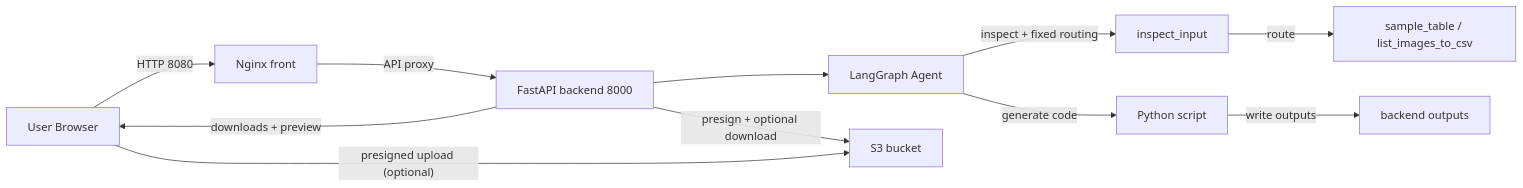
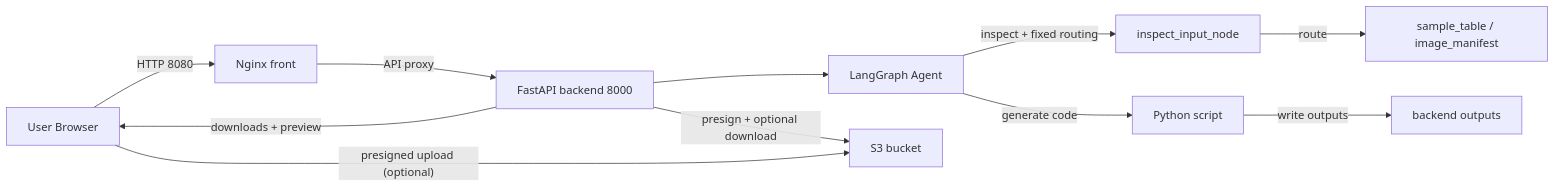
One commit to sonsukwoo/Data_preprocessing_auto changed the first of 3 diagrams in README.md. Above: the diagram before and after it, drawn with Mermaid. The commit also changed other lines of this file and 4 other files, not shown here.

````diff
--- a/README.md
+++ b/README.md
@@ -95,13 +95,13 @@
 ```mermaid
 flowchart LR
   U["User Browser"] -->|"HTTP 8080"| N["Nginx front"]
   N -->|"API proxy"| A["FastAPI backend 8000"]
   A --> G["LangGraph Agent"]
-  G -->|"inspect + fixed routing"| T["inspect_input"]
-  T -->|"route"| S["sample_table / list_images_to_csv"]
+  G -->|"inspect + fixed routing"| T["inspect_input_node"]
+  T -->|"route"| S["sample_table / image_manifest"]
   G -->|"generate code"| P["Python script"]
   P -->|"write outputs"| O["backend outputs"]
   A -->|"downloads + preview"| U
   A -->|"presign + optional download"| S3["S3 bucket"]
   U -->|"presigned upload (optional)"| S3
 ```
````
